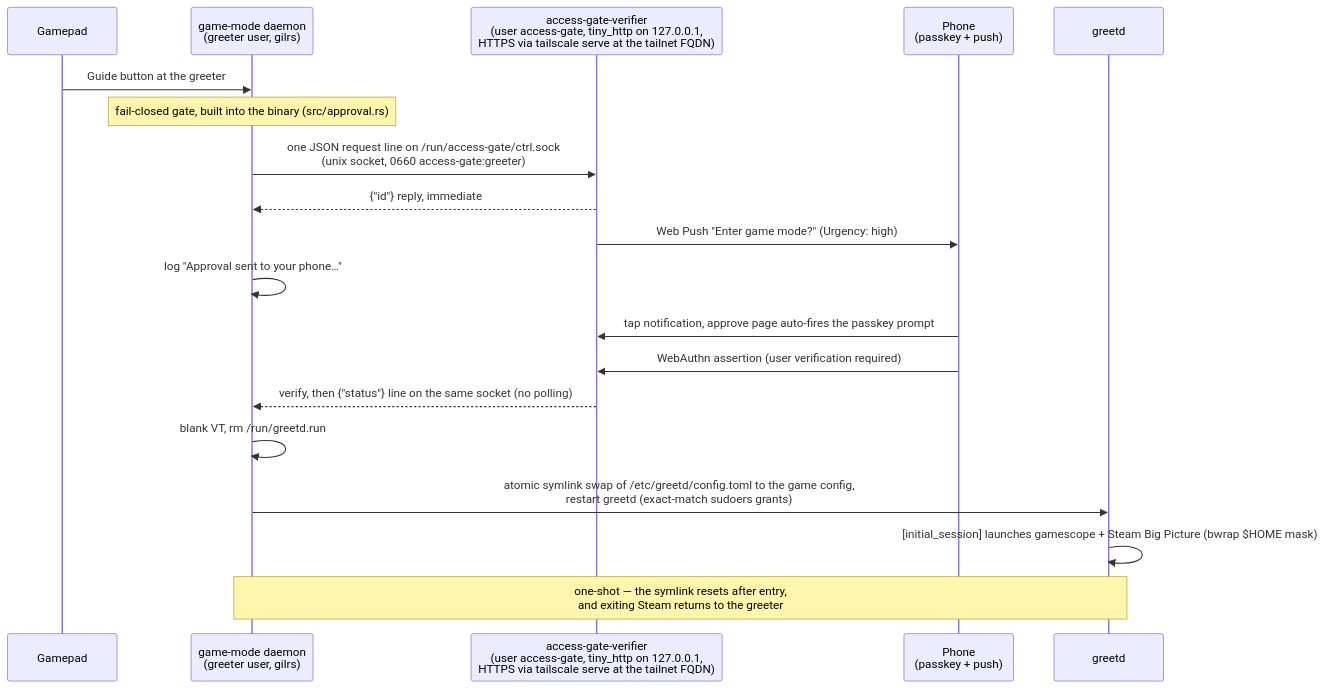
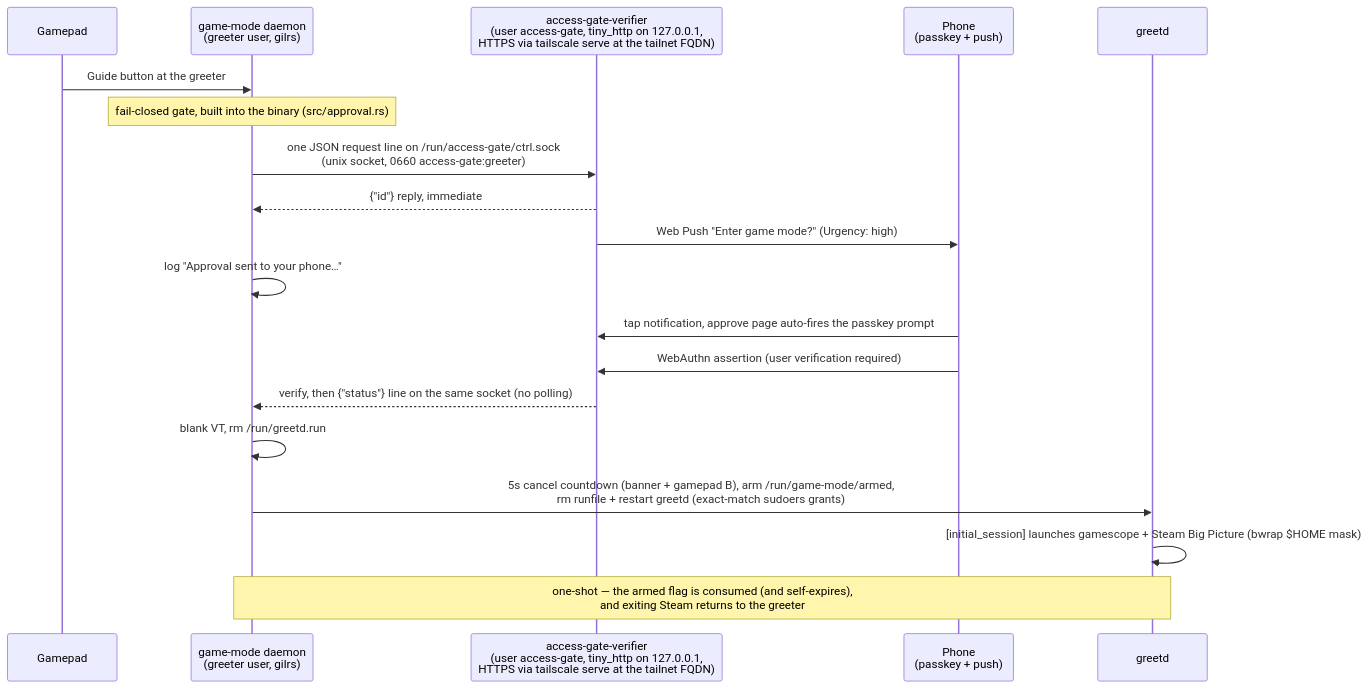
Before and after one commit to MasonRhodesDev/greetd_game_mode: the diagram in README.md, drawn with Mermaid. The commit also changed other lines of this file and 15 other files, not shown here.

````diff
--- a/README.md
+++ b/README.md
@@ -23,22 +26,22 @@
 ```mermaid
 sequenceDiagram
     participant Pad as Gamepad
     participant Daemon as game-mode daemon<br/>(greeter user, gilrs)
     participant Verifier as access-gate-verifier<br/>(user access-gate, tiny_http on 127.0.0.1,<br/>HTTPS via tailscale serve at the tailnet FQDN)
     participant Phone as Phone<br/>(passkey + push)
     participant Greetd as greetd
 
     Pad->>Daemon: Guide button at the greeter
     Note over Daemon: fail-closed gate, built into the binary (src/approval.rs)
     Daemon->>Verifier: one JSON request line on /run/access-gate/ctrl.sock<br/>(unix socket, 0660 access-gate:greeter)
     Verifier-->>Daemon: {"id"} reply, immediate
     Verifier->>Phone: Web Push "Enter game mode?" (Urgency: high)
     Daemon->>Daemon: log "Approval sent to your phone…"
     Phone->>Verifier: tap notification, approve page auto-fires the passkey prompt
     Phone->>Verifier: WebAuthn assertion (user verification required)
     Verifier-->>Daemon: verify, then {"status"} line on the same socket (no polling)
     Daemon->>Daemon: blank VT, rm /run/greetd.run
-    Daemon->>Greetd: atomic symlink swap of /etc/greetd/config.toml to the game config,<br/>restart greetd (exact-match sudoers grants)
+    Daemon->>Greetd: 5s cancel countdown (banner + gamepad B), arm /run/game-mode/armed,<br/>rm runfile + restart greetd (exact-match sudoers grants)
     Greetd->>Greetd: [initial_session] launches gamescope + Steam Big Picture (bwrap $HOME mask)
-    Note over Daemon,Greetd: one-shot — the symlink resets after entry,<br/>and exiting Steam returns to the greeter
+    Note over Daemon,Greetd: one-shot — the armed flag is consumed (and self-expires),<br/>and exiting Steam returns to the greeter
 ```
````
